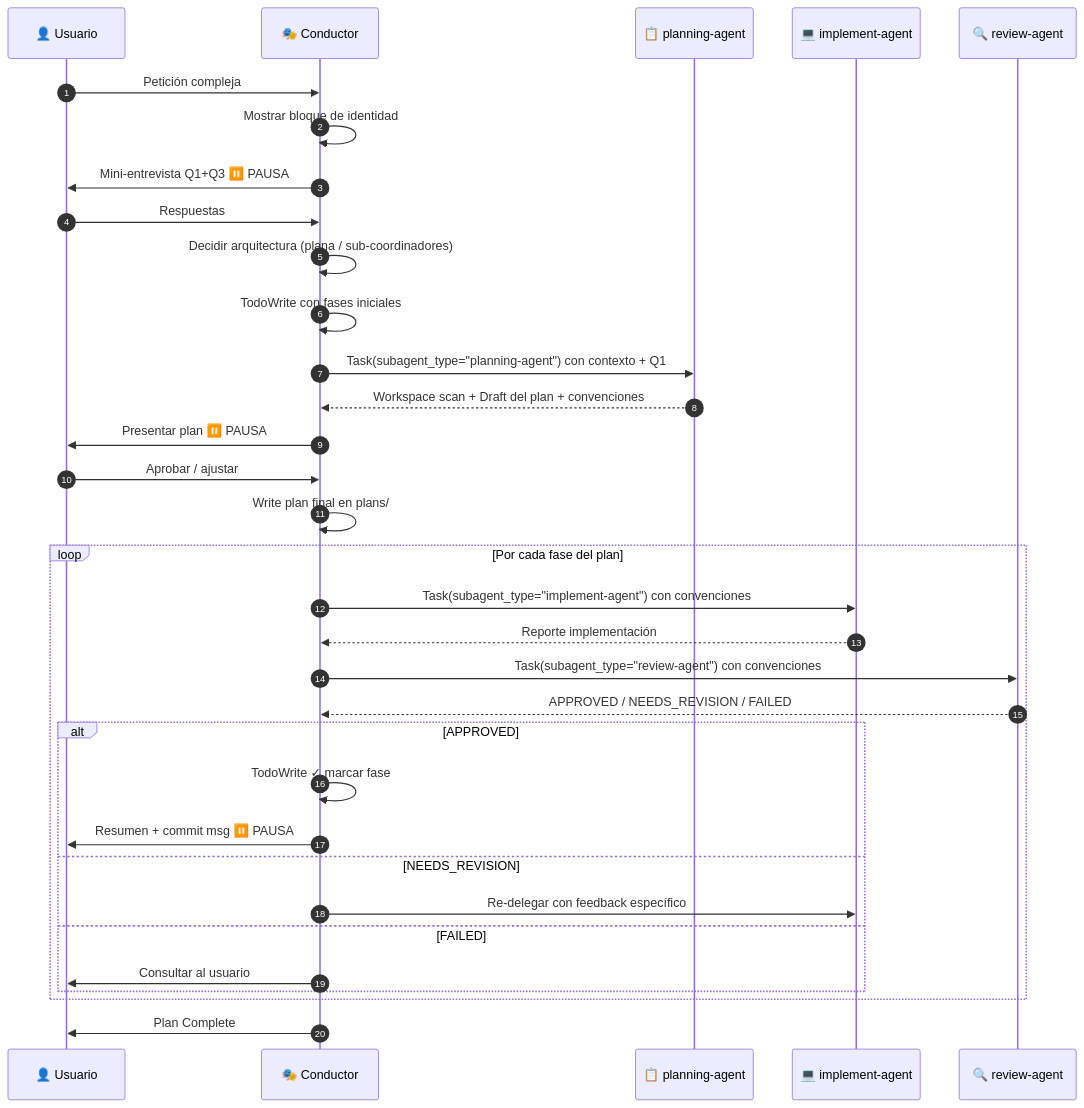
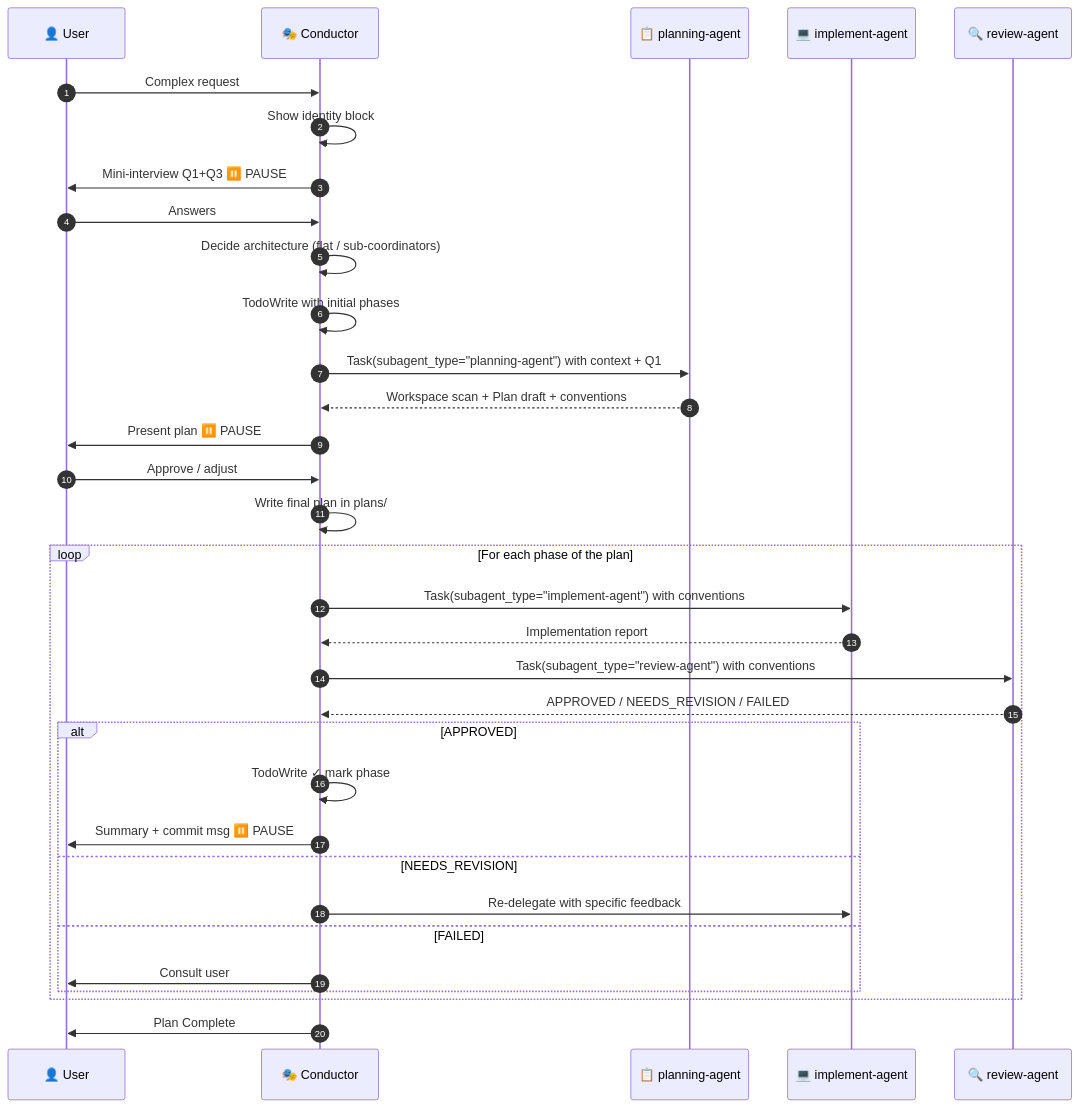
Before and after one commit to elisaul77/Orquestacion_Agentes_claude: the diagram in skills/subagent-pool/SKILL.md, drawn with Mermaid. The commit also changed other lines of this file and 14 other files, not shown here.

````diff
--- a/skills/subagent-pool/SKILL.md
+++ b/skills/subagent-pool/SKILL.md
@@ -178,36 +193,36 @@
 ```mermaid
 sequenceDiagram
     autonumber
-    participant U as 👤 Usuario
+    participant U as 👤 User
     participant C as 🎭 Conductor
     participant P as 📋 planning-agent
     participant I as 💻 implement-agent
     participant R as 🔍 review-agent
 
-    U->>C: Petición compleja
-    C->>C: Mostrar bloque de identidad
-    C->>U: Mini-entrevista Q1+Q3 ⏸️ PAUSA
-    U->>C: Respuestas
-    C->>C: Decidir arquitectura (plana / sub-coordinadores)
-    C->>C: TodoWrite con fases iniciales
-    C->>P: Task(subagent_type="planning-agent") con contexto + Q1
-    P-->>C: Workspace scan + Draft del plan + convenciones
-    C->>U: Presentar plan ⏸️ PAUSA
-    U->>C: Aprobar / ajustar
-    C->>C: Write plan final en plans/
-    loop Por cada fase del plan
-        C->>I: Task(subagent_type="implement-agent") con convenciones
-        I-->>C: Reporte implementación
-        C->>R: Task(subagent_type="review-agent") con convenciones
+    U->>C: Complex request
+    C->>C: Show identity block
+    C->>U: Mini-interview Q1+Q3 ⏸️ PAUSE
+    U->>C: Answers
+    C->>C: Decide architecture (flat / sub-coordinators)
+    C->>C: TodoWrite with initial phases
+    C->>P: Task(subagent_type="planning-agent") with context + Q1
+    P-->>C: Workspace scan + Plan draft + conventions
+    C->>U: Present plan ⏸️ PAUSE
+    U->>C: Approve / adjust
+    C->>C: Write final plan in plans/
+    loop For each phase of the plan
+        C->>I: Task(subagent_type="implement-agent") with conventions
+        I-->>C: Implementation report
+        C->>R: Task(subagent_type="review-agent") with conventions
         R-->>C: APPROVED / NEEDS_REVISION / FAILED
         alt APPROVED
-            C->>C: TodoWrite ✓ marcar fase
-            C->>U: Resumen + commit msg ⏸️ PAUSA
+            C->>C: TodoWrite ✓ mark phase
+            C->>U: Summary + commit msg ⏸️ PAUSE
         else NEEDS_REVISION
-            C->>I: Re-delegar con feedback específico
+            C->>I: Re-delegate with specific feedback
         else FAILED
-            C->>U: Consultar al usuario
+            C->>U: Consult user
         end
     end
     C->>U: Plan Complete
 ```
````
